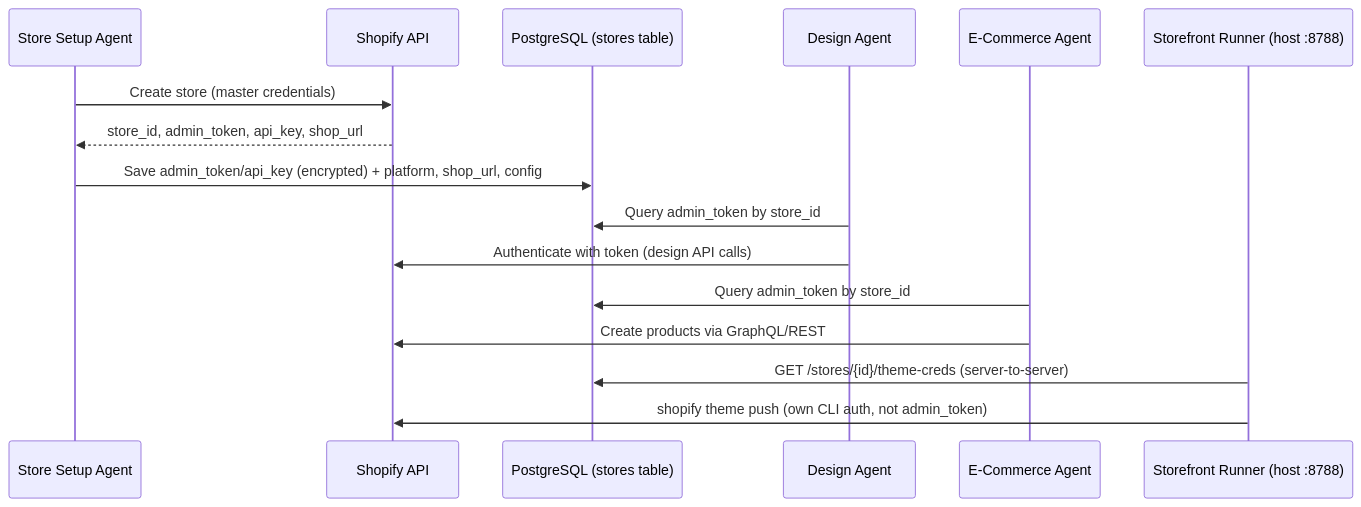
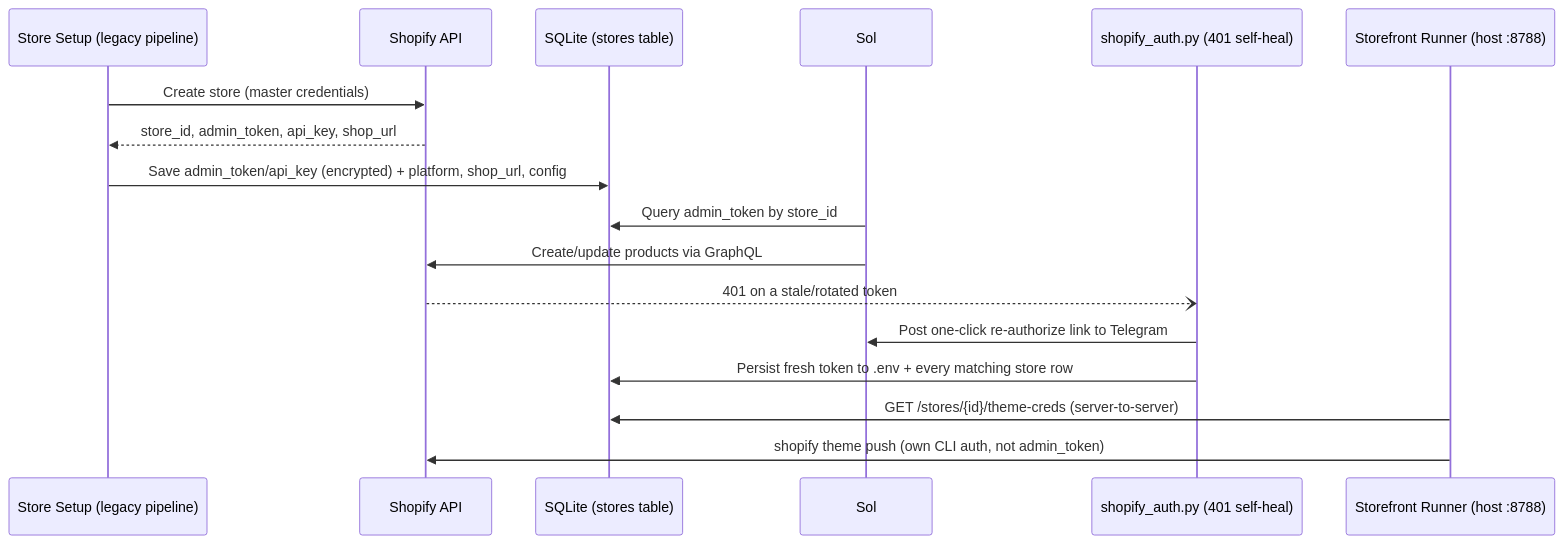
The fourth of 4 diagrams in docs/architecture.md (ItzikSdev/alpha-shoop), drawn with Mermaid before and after one commit. The commit also changed other lines of this file and 79 other files, not shown here.

````diff
--- a/docs/architecture.md
+++ b/docs/architecture.md
@@ -160,22 +364,23 @@
 ```mermaid
 sequenceDiagram
-    participant SS as Store Setup Agent
+    participant SS as Store Setup (legacy pipeline)
     participant Shopify as Shopify API
-    participant DB as PostgreSQL (stores table)
-    participant DA as Design Agent
-    participant EM as E-Commerce Agent
+    participant DB as SQLite (stores table)
+    participant Sol as Sol
+    participant Auth as shopify_auth.py (401 self-heal)
     participant Runner as Storefront Runner (host :8788)
 
     SS->>Shopify: Create store (master credentials)
     Shopify-->>SS: store_id, admin_token, api_key, shop_url
     SS->>DB: Save admin_token/api_key (encrypted) + platform, shop_url, config
 
-    DA->>DB: Query admin_token by store_id
-    DA->>Shopify: Authenticate with token (design API calls)
+    Sol->>DB: Query admin_token by store_id
+    Sol->>Shopify: Create/update products via GraphQL
 
-    EM->>DB: Query admin_token by store_id
-    EM->>Shopify: Create products via GraphQL/REST
+    Shopify--)Auth: 401 on a stale/rotated token
+    Auth->>Sol: Post one-click re-authorize link to Telegram
+    Auth->>DB: Persist fresh token to .env + every matching store row
 
     Runner->>DB: GET /stores/{id}/theme-creds (server-to-server)
     Runner->>Shopify: shopify theme push (own CLI auth, not admin_token)
 ```
````
